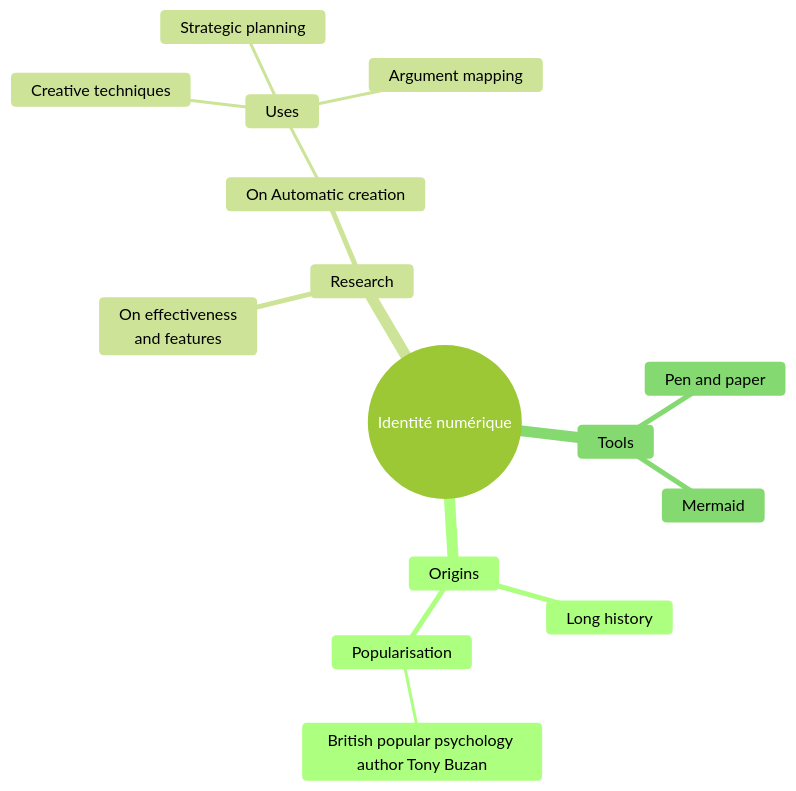
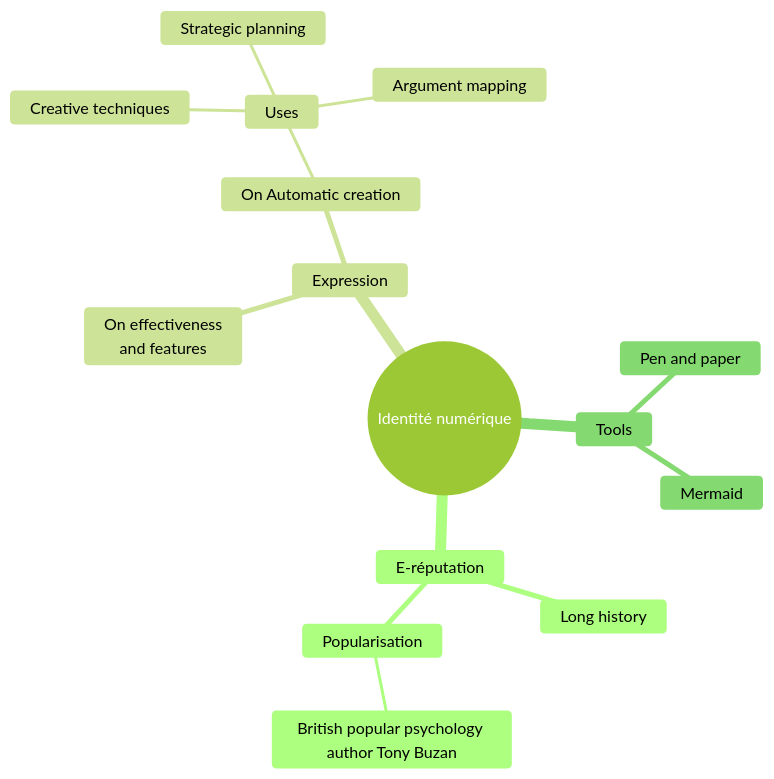
Before and after one commit to boddaert/snt: the diagram in seconde/Réseaux sociaux/Identite_numerique.md, drawn with Mermaid.

Commit message:
id numerique

````diff
--- a/seconde/Réseaux sociaux/Identite_numerique.md
+++ b/seconde/Réseaux sociaux/Identite_numerique.md
@@ -7,20 +7,20 @@
 ```mermaid
 %%{init: { 'logLevel': 'debug', 'theme': 'forest'}}%%
 mindmap
   root((Identité numérique))
-    Origins
+    E-réputation
       Long history
       ::icon(fa fa-book)
       Popularisation
         British popular psychology author Tony Buzan
-    Research
+    Expression
       On effectiveness<br/>and features
       On Automatic creation
         Uses
             Creative techniques
             Strategic planning
             Argument mapping
     Tools
       Pen and paper
       Mermaid
 ```
````
